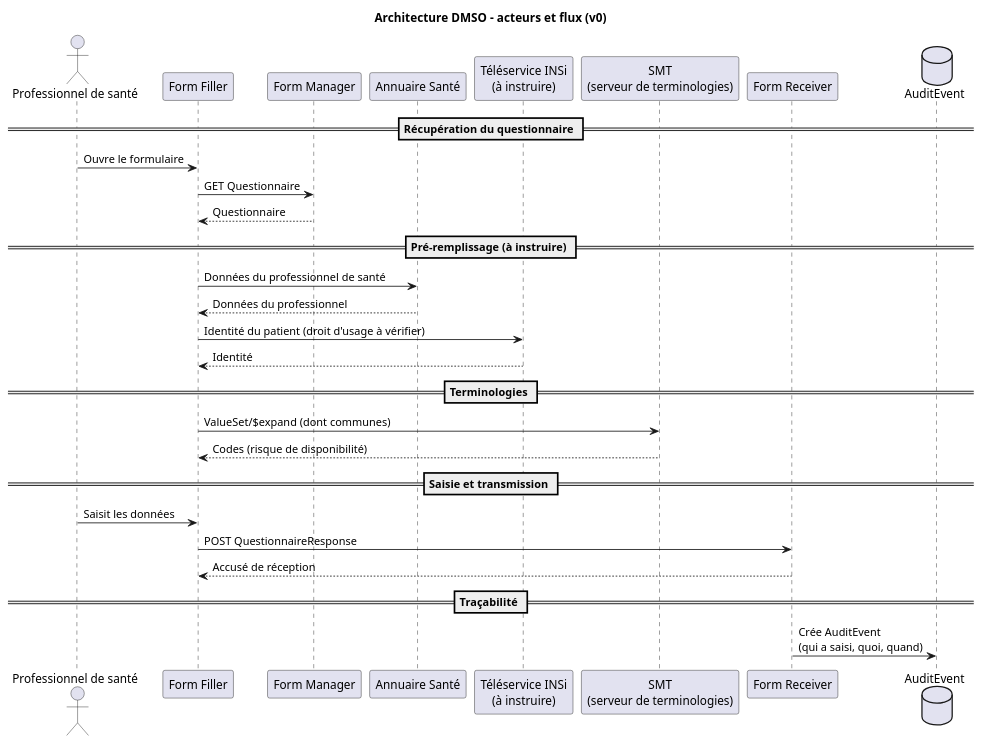
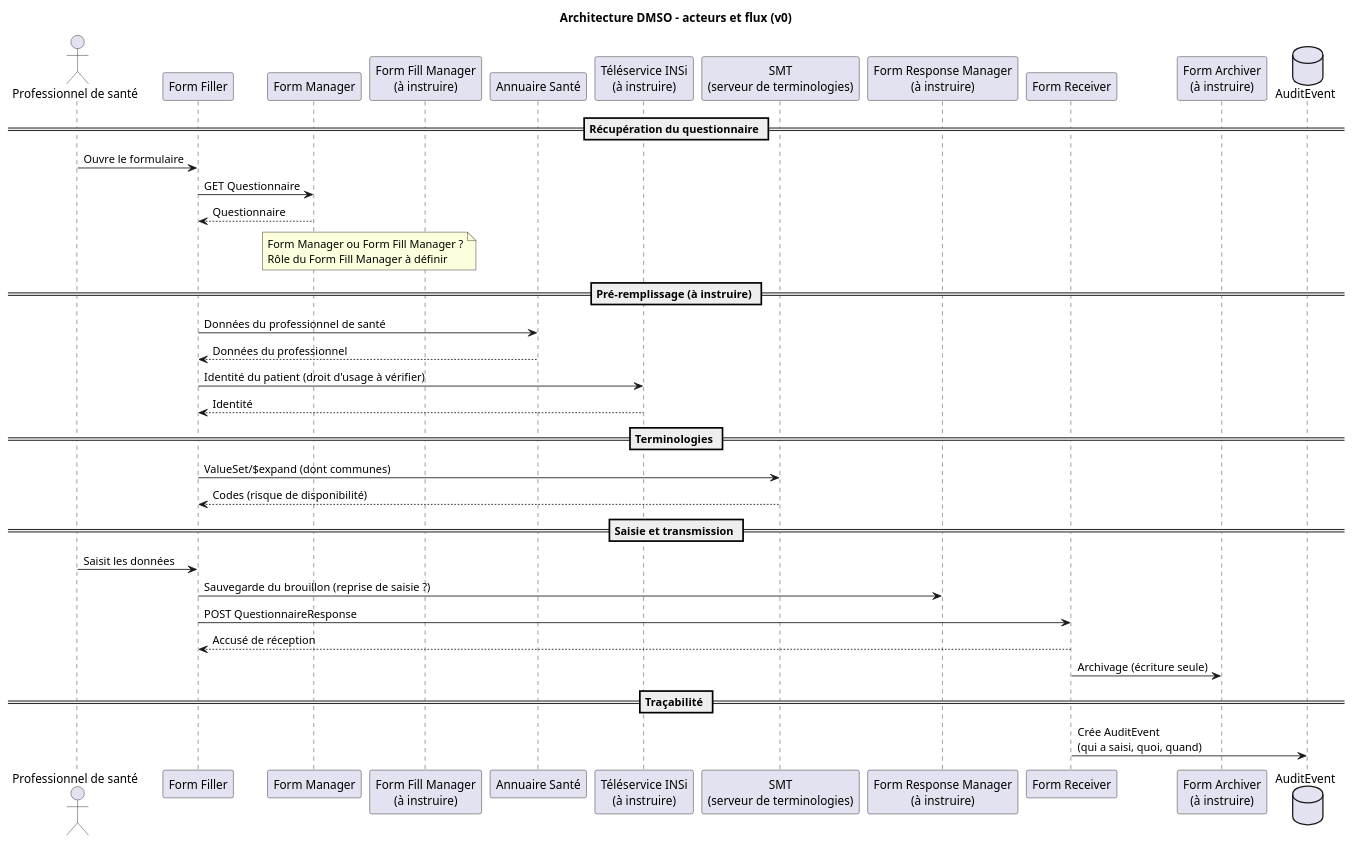
One commit to nriss/ig-test-dmso changed the diagram in input/images-source/architecture-flux.plantuml. Above: the diagram before and after it, drawn with PlantUML. The commit also changed 1 other file, not shown here.

Commit message:
Architecture : tableau des acteurs SDC, cache SMT et acteurs supplémentaires du diagramme

```diff
--- a/input/images-source/architecture-flux.plantuml
+++ b/input/images-source/architecture-flux.plantuml
@@ -1,36 +1,42 @@
 @startuml
 ' Version 0 - à améliorer
 title Architecture DMSO - acteurs et flux (v0)
 
 actor "Professionnel de santé" as PS
 participant "Form Filler" as FF
 participant "Form Manager" as FM
+participant "Form Fill Manager\n(à instruire)" as FFM
 participant "Annuaire Santé" as ANN
 participant "Téléservice INSi\n(à instruire)" as INSI
 participant "SMT\n(serveur de terminologies)" as SMT
+participant "Form Response Manager\n(à instruire)" as FRM
 participant "Form Receiver" as FR
+participant "Form Archiver\n(à instruire)" as FA
 database "AuditEvent" as AUD
 
 == Récupération du questionnaire ==
 PS -> FF : Ouvre le formulaire
 FF -> FM : GET Questionnaire
 FM --> FF : Questionnaire
+note over FM, FFM : Form Manager ou Form Fill Manager ?\nRôle du Form Fill Manager à définir
 
 == Pré-remplissage (à instruire) ==
 FF -> ANN : Données du professionnel de santé
 ANN --> FF : Données du professionnel
 FF -> INSI : Identité du patient (droit d'usage à vérifier)
 INSI --> FF : Identité
 
 == Terminologies ==
 FF -> SMT : ValueSet/$expand (dont communes)
 SMT --> FF : Codes (risque de disponibilité)
 
 == Saisie et transmission ==
 PS -> FF : Saisit les données
+FF -> FRM : Sauvegarde du brouillon (reprise de saisie ?)
 FF -> FR : POST QuestionnaireResponse
 FR --> FF : Accusé de réception
+FR -> FA : Archivage (écriture seule)
 
 == Traçabilité ==
 FR -> AUD : Crée AuditEvent\n(qui a saisi, quoi, quand)
 @enduml
```
